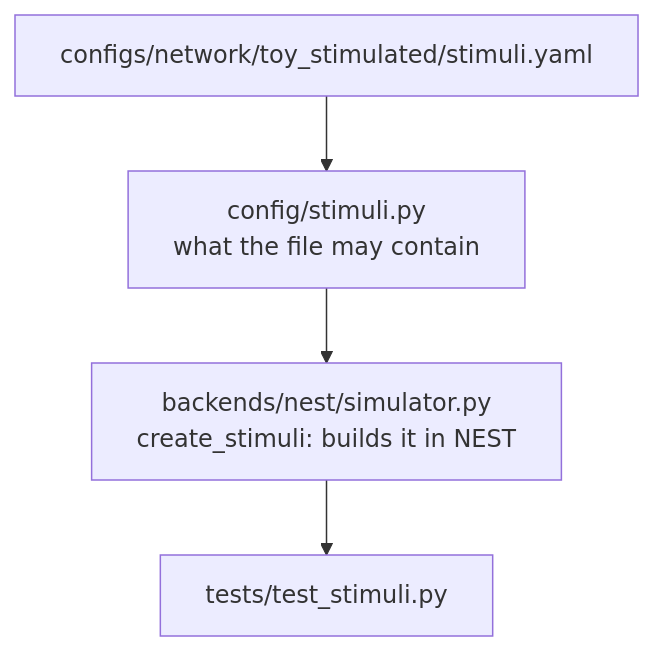
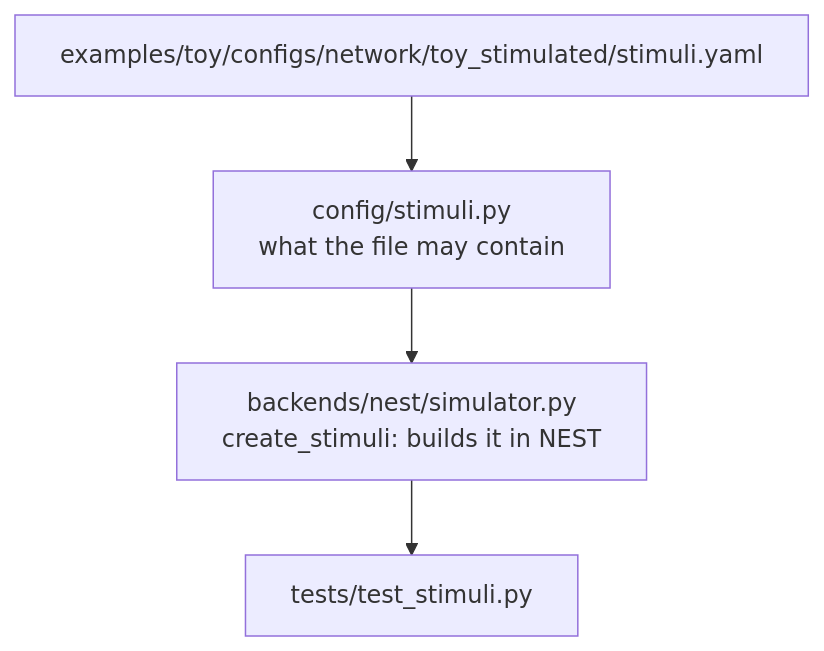
One commit to shimoura/microcircuit-lab changed the first of 2 diagrams in CONTRIBUTING.md. Above: the diagram before and after it, drawn with Mermaid. The commit also changed other lines of this file and 8 other files, not shown here.

````diff
--- a/CONTRIBUTING.md
+++ b/CONTRIBUTING.md
@@ -38,7 +38,7 @@
 ```mermaid
 %%{init: {"flowchart": {"wrappingWidth": 400}}}%%
 flowchart TD
-  Y["configs/network/toy_stimulated/stimuli.yaml"] --> C["config/stimuli.py<br/>what the file may contain"]
+  Y["examples/toy/configs/network/toy_stimulated/stimuli.yaml"] --> C["config/stimuli.py<br/>what the file may contain"]
   C --> B["backends/nest/simulator.py<br/>create_stimuli: builds it in NEST"]
   B --> T["tests/test_stimuli.py"]
 ```
````
